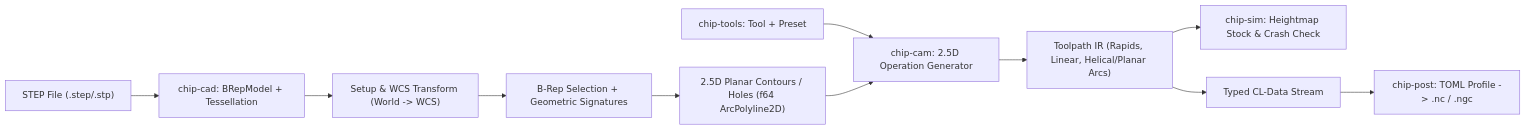
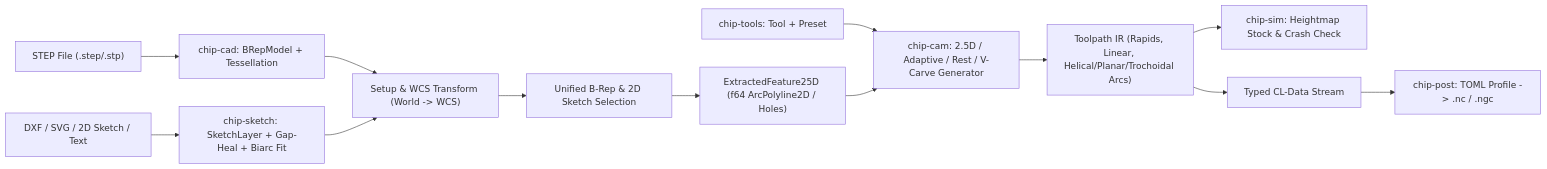
Before and after one commit to rk29/ChipCutter: the diagram in specs/01-architecture.md, drawn with Mermaid. The commit also changed other lines of this file and 11 other files, not shown here.

Commit message:
docs(specs): define v2 scope, chip-sketch architecture, and M6-M9 roadmap

````diff
--- a/specs/01-architecture.md
+++ b/specs/01-architecture.md
@@ -34,13 +37,15 @@
 ```mermaid
 flowchart LR
     STEP["STEP File (.step/.stp)"] --> CAD["chip-cad: BRepModel + Tessellation"]
+    VEC["DXF / SVG / 2D Sketch / Text"] --> SKETCH["chip-sketch: SketchLayer + Gap-Heal + Biarc Fit"]
     CAD --> SETUP["Setup & WCS Transform (World -> WCS)"]
-    SETUP --> SEL["B-Rep Selection + Geometric Signatures"]
-    SEL --> FEAT["2.5D Planar Contours / Holes (f64 ArcPolyline2D)"]
-    TOOLS["chip-tools: Tool + Preset"] --> OP["chip-cam: 2.5D Operation Generator"]
+    SKETCH --> SETUP
+    SETUP --> SEL["Unified B-Rep & 2D Sketch Selection"]
+    SEL --> FEAT["ExtractedFeature25D (f64 ArcPolyline2D / Holes)"]
+    TOOLS["chip-tools: Tool + Preset"] --> OP["chip-cam: 2.5D / Adaptive / Rest / V-Carve Generator"]
     FEAT --> OP
-    OP --> TP["Toolpath IR (Rapids, Linear, Helical/Planar Arcs)"]
+    OP --> TP["Toolpath IR (Rapids, Linear, Helical/Planar/Trochoidal Arcs)"]
     TP --> SIM["chip-sim: Heightmap Stock & Crash Check"]
     TP --> CL["Typed CL-Data Stream"]
     CL --> POST["chip-post: TOML Profile -> .nc / .ngc"]
 ```
````
